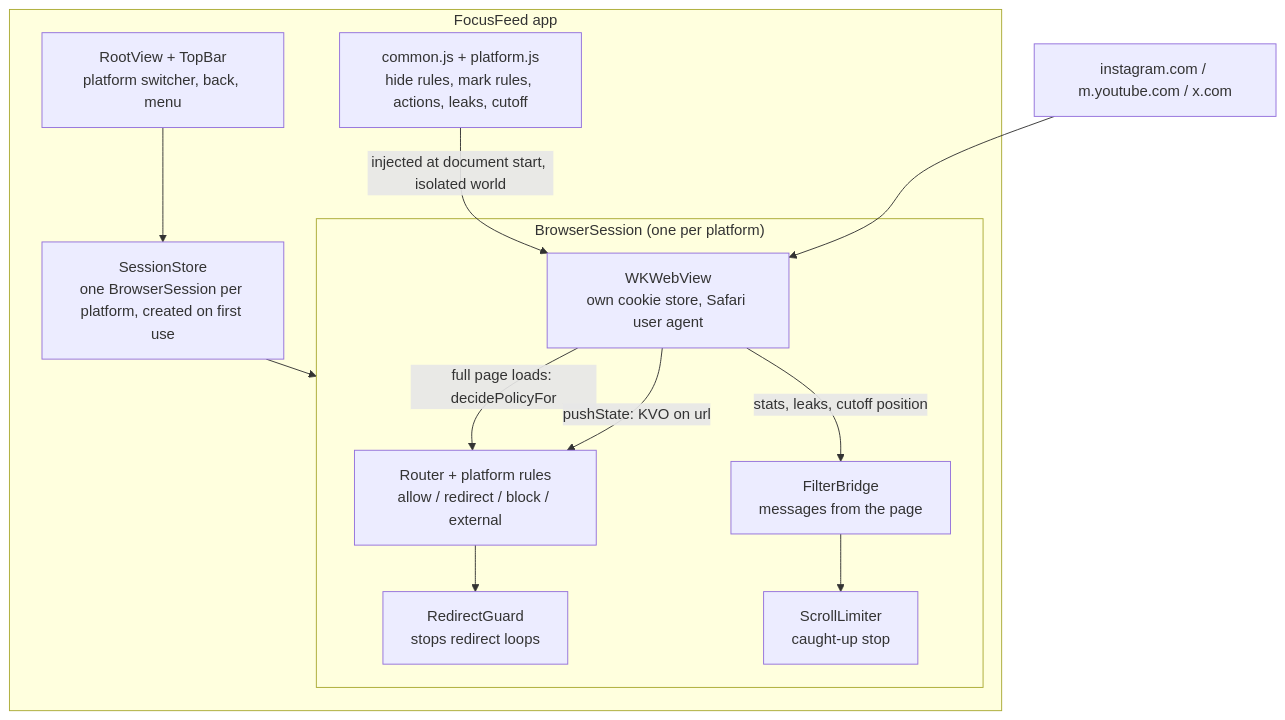
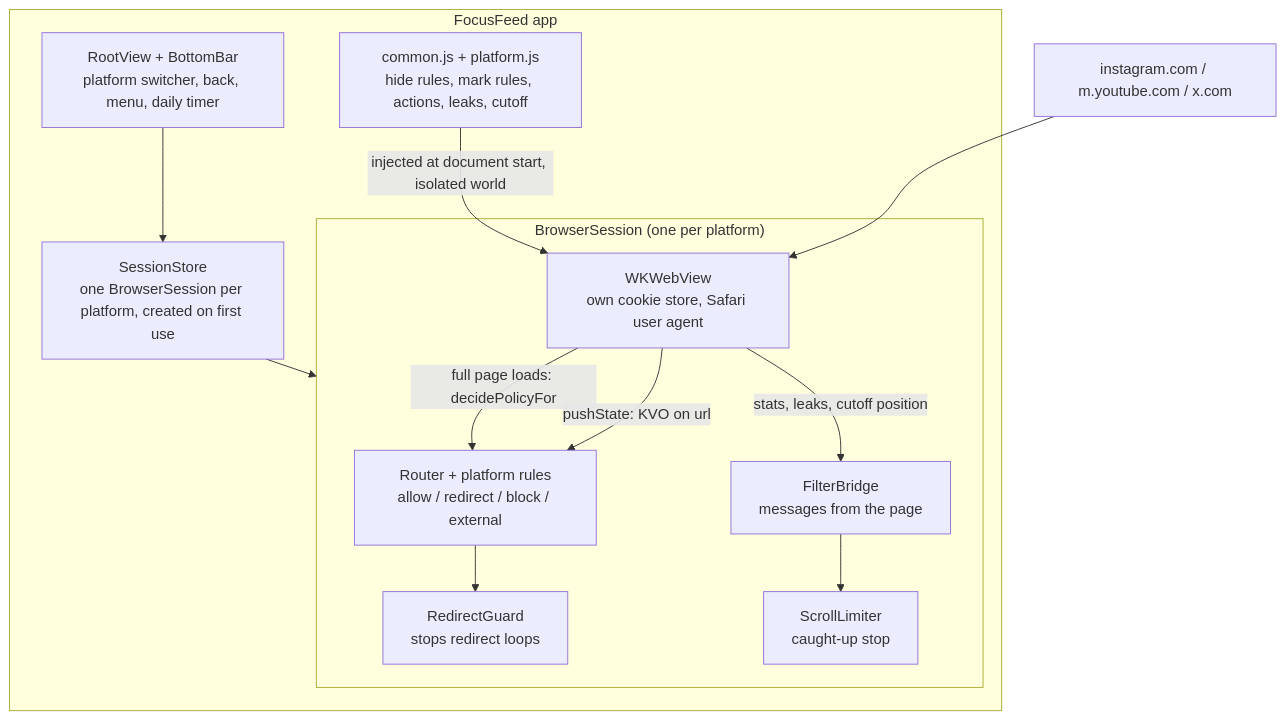
The diagram in docs/plan/1-overview-and-architecture.md (michalilski/focus-feed), drawn with Mermaid before and after one commit. The commit also changed other lines of this file and 27 other files, not shown here.

First line of the commit message:
feat: bottom bar redesign, daily timer and calm cards

````diff
--- a/docs/plan/1-overview-and-architecture.md
+++ b/docs/plan/1-overview-and-architecture.md
@@ -80,24 +82,24 @@
 ```mermaid
 flowchart TB
     subgraph app["FocusFeed app"]
-        root["RootView + TopBar<br/>platform switcher, back, menu"]
+        root["RootView + BottomBar<br/>platform switcher, back, menu, daily timer"]
         store["SessionStore<br/>one BrowserSession per platform, created on first use"]
         subgraph session["BrowserSession (one per platform)"]
             router["Router + platform rules<br/>allow / redirect / block / external"]
             guard["RedirectGuard<br/>stops redirect loops"]
             limiter["ScrollLimiter<br/>caught-up stop"]
             bridge["FilterBridge<br/>messages from the page"]
             wv["WKWebView<br/>own cookie store, Safari user agent"]
         end
         scripts["common.js + platform.js<br/>hide rules, mark rules, actions, leaks, cutoff"]
     end
     site["instagram.com / m.youtube.com / x.com"]
     root --> store --> session
     site --> wv
     wv -- "full page loads: decidePolicyFor" --> router
     wv -- "pushState: KVO on url" --> router
     router --> guard
     scripts -- "injected at document start, isolated world" --> wv
     wv -- "stats, leaks, cutoff position" --> bridge
     bridge --> limiter
 ```
````
